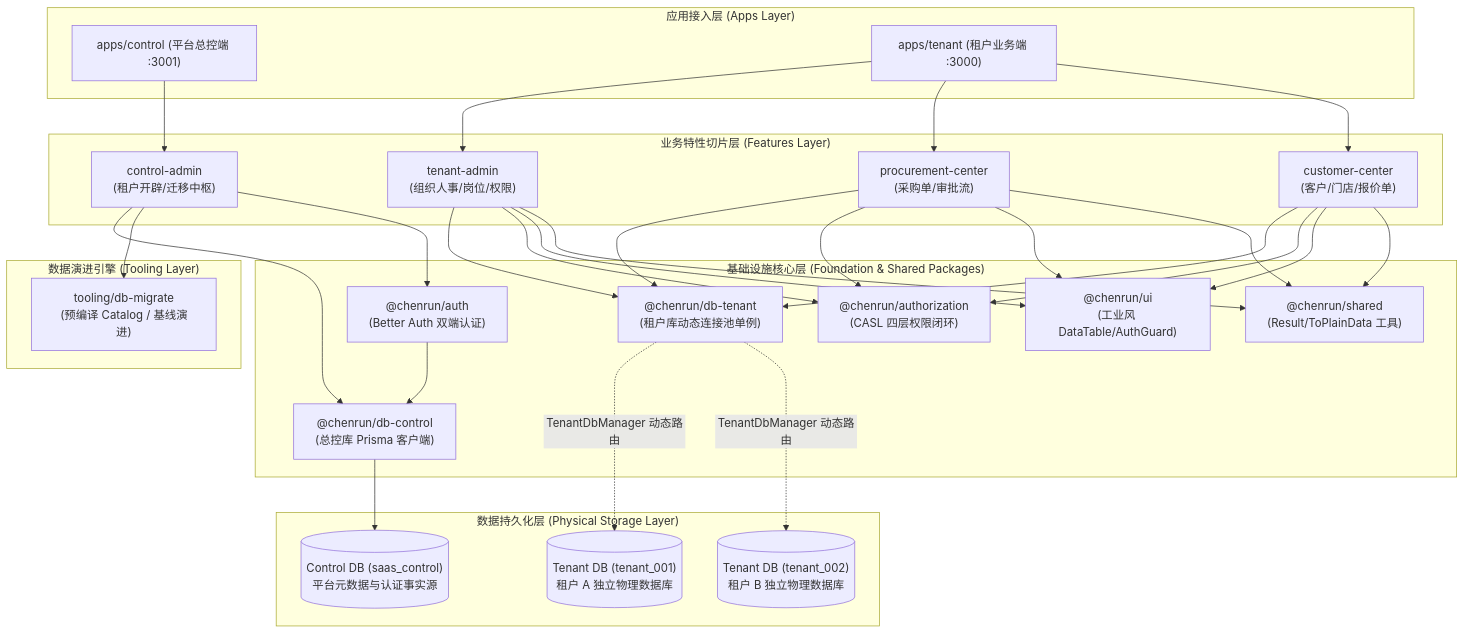
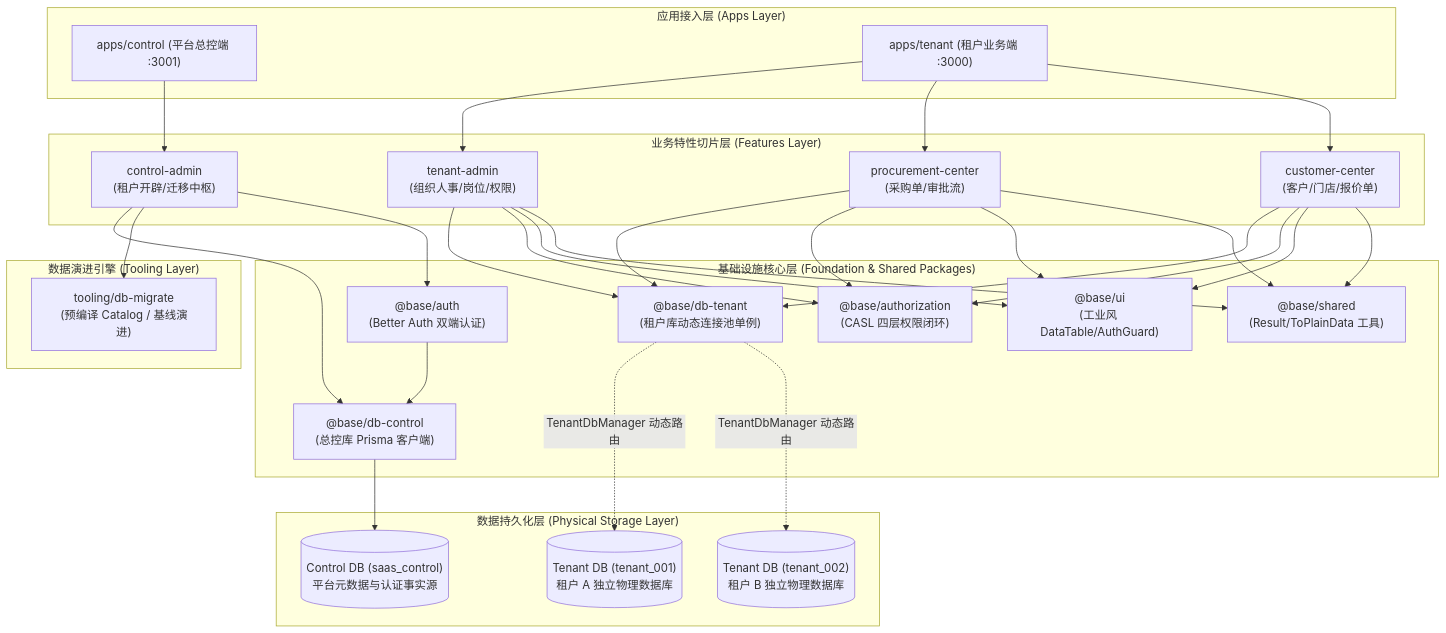
The diagram in docs/ARCHITECTURE.md (leohu25/ActivityReservation), drawn with Mermaid before and after one commit. The commit also changed other lines of this file and 301 other files, not shown here.

Commit message:
refactor(core): de-brand codebase to neutral multi-tenant saas foundation (@base/*)

````diff
--- a/docs/ARCHITECTURE.md
+++ b/docs/ARCHITECTURE.md
@@ -38,41 +38,41 @@
 ```mermaid
 graph TD
     subgraph Apps["应用接入层 (Apps Layer)"]
         ControlApp["apps/control (平台总控端 :3001)"]
         TenantApp["apps/tenant (租户业务端 :3000)"]
     end
 
     subgraph Features["业务特性切片层 (Features Layer)"]
         FA["control-admin<br>(租户开辟/迁移中枢)"]
         FB["tenant-admin<br>(组织人事/岗位/权限)"]
         FC["procurement-center<br>(采购单/审批流)"]
         FD["customer-center<br>(客户/门店/报价单)"]
     end
 
     subgraph Kernel["基础设施核心层 (Foundation & Shared Packages)"]
-        AuthCore["@chenrun/auth<br>(Better Auth 双端认证)"]
-        AuthzCore["@chenrun/authorization<br>(CASL 四层权限闭环)"]
-        DBControl["@chenrun/db-control<br>(总控库 Prisma 客户端)"]
-        DBTenant["@chenrun/db-tenant<br>(租户库动态连接池单例)"]
-        Shared["@chenrun/shared<br>(Result/ToPlainData 工具)"]
-        UI["@chenrun/ui<br>(工业风 DataTable/AuthGuard)"]
+        AuthCore["@base/auth<br>(Better Auth 双端认证)"]
+        AuthzCore["@base/authorization<br>(CASL 四层权限闭环)"]
+        DBControl["@base/db-control<br>(总控库 Prisma 客户端)"]
+        DBTenant["@base/db-tenant<br>(租户库动态连接池单例)"]
+        Shared["@base/shared<br>(Result/ToPlainData 工具)"]
+        UI["@base/ui<br>(工业风 DataTable/AuthGuard)"]
     end
 
     subgraph Engine["数据演进引擎 (Tooling Layer)"]
         DBMigrate["tooling/db-migrate<br>(预编译 Catalog / 基线演进)"]
     end
 
     subgraph Storage["数据持久化层 (Physical Storage Layer)"]
         ControlDB[("Control DB (saas_control)<br>平台元数据与认证事实源")]
         TenantDB1[("Tenant DB (tenant_001)<br>租户 A 独立物理数据库")]
         TenantDB2[("Tenant DB (tenant_002)<br>租户 B 独立物理数据库")]
     end
 
     ControlApp --> FA
     TenantApp --> FB & FC & FD
     FA --> DBControl & DBMigrate & AuthCore
     FB & FC & FD --> DBTenant & AuthzCore & UI & Shared
     AuthCore --> DBControl
     DBControl --> ControlDB
     DBTenant -.->|TenantDbManager 动态路由| TenantDB1 & TenantDB2
 ```
````
